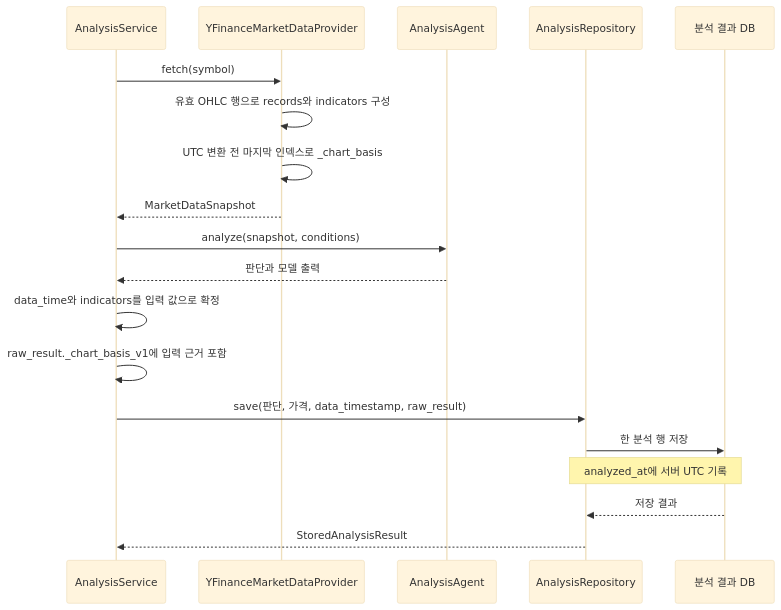
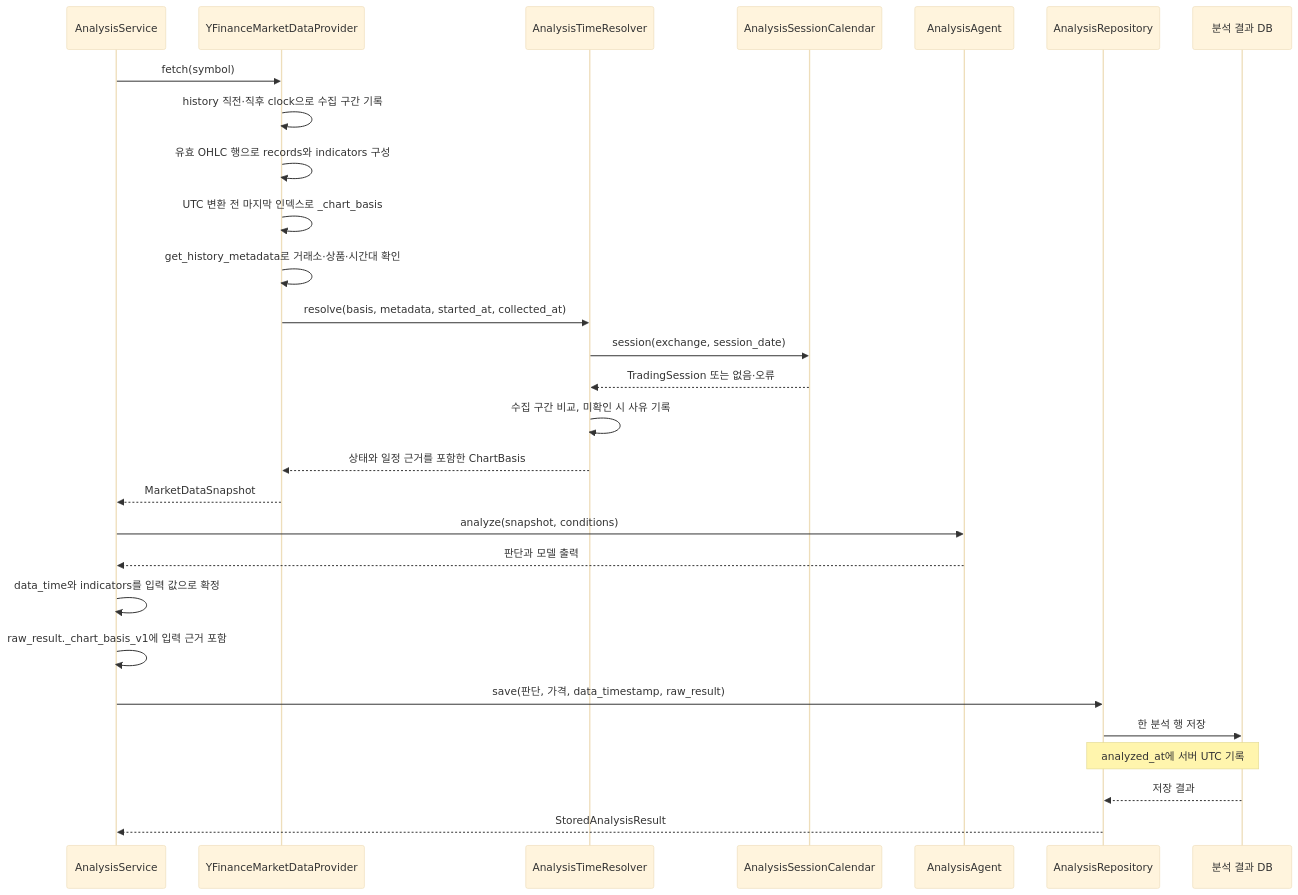
Before and after one commit to PhilPark-geosr/stock-agent: the seventh of 8 diagrams in design/analysis_time_basis_design.md, drawn with Mermaid (base theme). The commit also changed other lines of this file and 16 other files, not shown here.

Commit message:
feat: classify analysis collection against exchange sessions

````diff
--- a/design/analysis_time_basis_design.md
+++ b/design/analysis_time_basis_design.md
@@ -252,21 +347,30 @@
 ```mermaid
 sequenceDiagram
     participant S as AnalysisService
     participant P as YFinanceMarketDataProvider
+    participant T as AnalysisTimeResolver
+    participant C as AnalysisSessionCalendar
     participant A as AnalysisAgent
     participant R as AnalysisRepository
     participant D as 분석 결과 DB
     S->>P: fetch(symbol)
+    P->>P: history 직전·직후 clock으로 수집 구간 기록
     P->>P: 유효 OHLC 행으로 records와 indicators 구성
     P->>P: UTC 변환 전 마지막 인덱스로 _chart_basis
+    P->>P: get_history_metadata로 거래소·상품·시간대 확인
+    P->>T: resolve(basis, metadata, started_at, collected_at)
+    T->>C: session(exchange, session_date)
+    C-->>T: TradingSession 또는 없음·오류
+    T->>T: 수집 구간 비교, 미확인 시 사유 기록
+    T-->>P: 상태와 일정 근거를 포함한 ChartBasis
     P-->>S: MarketDataSnapshot
     S->>A: analyze(snapshot, conditions)
     A-->>S: 판단과 모델 출력
     S->>S: data_time와 indicators를 입력 값으로 확정
     S->>S: raw_result._chart_basis_v1에 입력 근거 포함
     S->>R: save(판단, 가격, data_timestamp, raw_result)
     R->>D: 한 분석 행 저장
     Note over R,D: analyzed_at에 서버 UTC 기록
     D-->>R: 저장 결과
     R-->>S: StoredAnalysisResult
 ```
````
